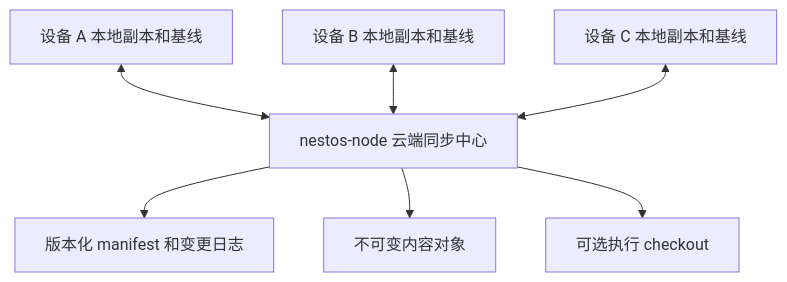
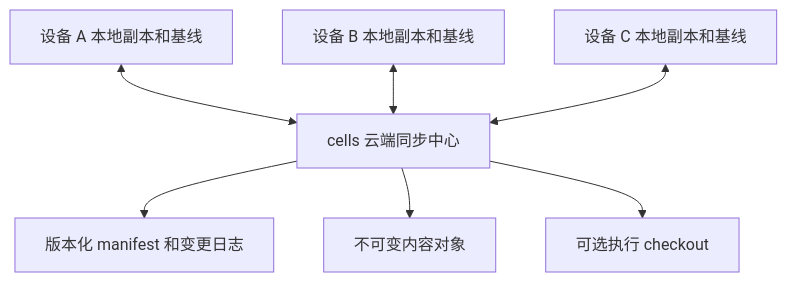
The first of 6 diagrams in doc/design/project-sync.md (mushuanli/NestOS), drawn with Mermaid before and after one commit. The commit also changed other lines of this file and 173 other files, not shown here.

Commit message:
refactor(cells)!: migrate node and driver identities across NestOS

````diff
--- a/doc/design/project-sync.md
+++ b/doc/design/project-sync.md
@@ -54,9 +54,9 @@
 ```mermaid
 flowchart TD
-    A[设备 A 本地副本和基线] <--> S[nestos-node 云端同步中心]
+    A[设备 A 本地副本和基线] <--> S[cells 云端同步中心]
     B[设备 B 本地副本和基线] <--> S
     C[设备 C 本地副本和基线] <--> S
     S --> H[版本化 manifest 和变更日志]
     S --> O[不可变内容对象]
     S --> E[可选执行 checkout]
 ```
````
